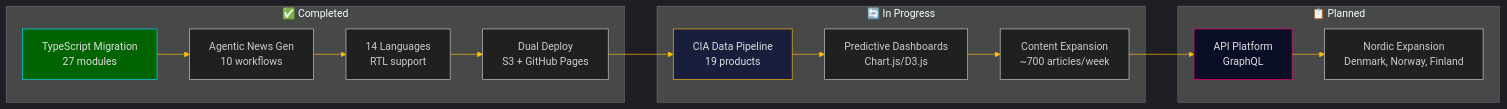
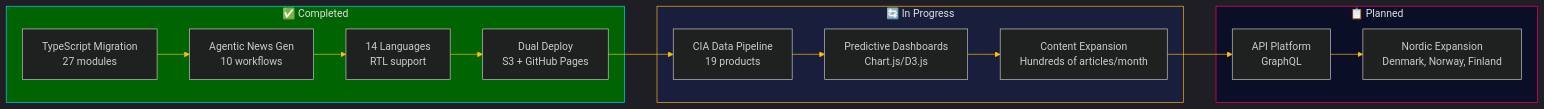
Before and after one commit to Hack23/riksdagsmonitor: the second of 6 diagrams in README.md, drawn with Mermaid. The commit also changed other lines of this file, not shown here.

Commit message:
Address PR review: fix Mermaid subgraph IDs, UTC times, accurate article counts, and workflow clarifications

````diff
--- a/README.md
+++ b/README.md
@@ -759,21 +762,21 @@
 ```mermaid
 %%{init: {'theme': 'dark', 'themeVariables': {'primaryColor': '#00d9ff', 'primaryTextColor': '#e0e0e0', 'primaryBorderColor': '#ff006e', 'lineColor': '#ffbe0b', 'secondaryColor': '#1a1e3d', 'tertiaryColor': '#0a0e27'}}}%%
 graph LR
-    subgraph "✅ Completed"
-        style A fill:#006400,stroke:#00d9ff,color:#e0e0e0
+    subgraph SGCompleted["✅ Completed"]
+        style SGCompleted fill:#006400,stroke:#00d9ff,color:#e0e0e0
         A[TypeScript Migration<br/>27 modules] --> B[Agentic News Gen<br/>10 workflows]
         B --> C[14 Languages<br/>RTL support]
         C --> D[Dual Deploy<br/>S3 + GitHub Pages]
     end
-    subgraph "🔄 In Progress"
-        style E fill:#1a1e3d,stroke:#ffbe0b,color:#e0e0e0
+    subgraph SGProgress["🔄 In Progress"]
+        style SGProgress fill:#1a1e3d,stroke:#ffbe0b,color:#e0e0e0
         E[CIA Data Pipeline<br/>19 products] --> F[Predictive Dashboards<br/>Chart.js/D3.js]
-        F --> G[Content Expansion<br/>~700 articles/week]
+        F --> G[Content Expansion<br/>Hundreds of articles/month]
     end
-    subgraph "📋 Planned"
-        style H fill:#0a0e27,stroke:#ff006e,color:#e0e0e0
+    subgraph SGPlanned["📋 Planned"]
+        style SGPlanned fill:#0a0e27,stroke:#ff006e,color:#e0e0e0
         H[API Platform<br/>GraphQL] --> I[Nordic Expansion<br/>Denmark, Norway, Finland]
     end
     D --> E
     G --> H
 ```
````
